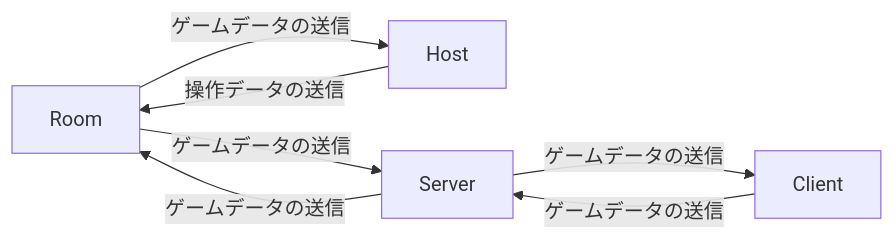
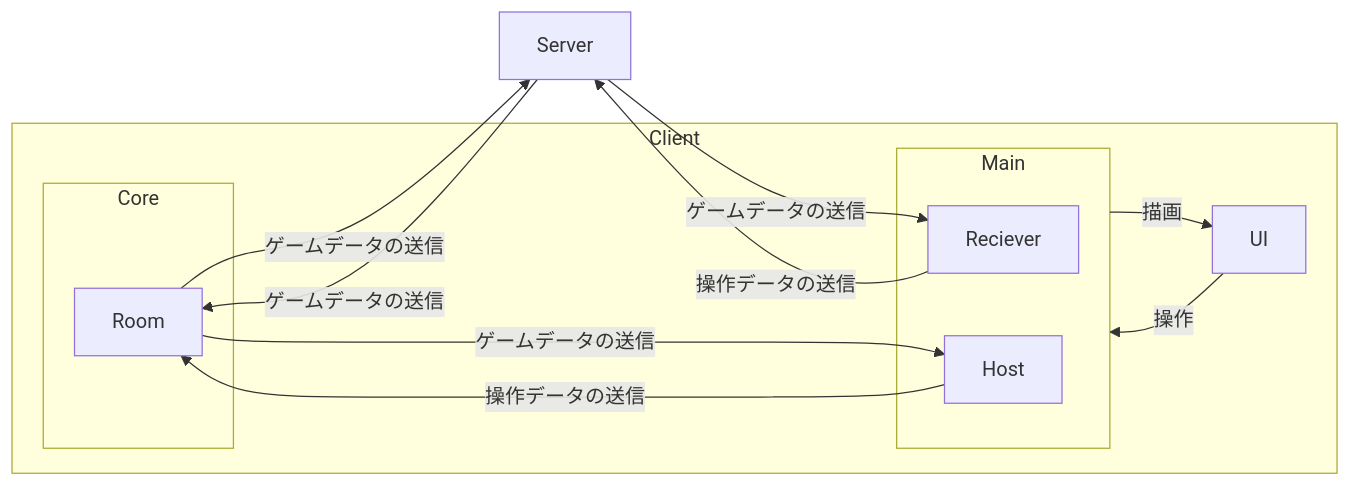
Before and after one commit to Ampoi/magicode: the diagram in README.md, drawn with Mermaid.

Commit message:
図をもう少し詳しくした

````diff
--- a/README.md
+++ b/README.md
@@ -3,9 +3,23 @@
 ```mermaid
 flowchart LR
+   subgraph Client
+      subgraph Core
+         Room
+      end
+      subgraph Main
+         Reciever
+         Host
+      end
+      UI
+   end
+
+   UI --操作--> Main
+   Main --描画--> UI
+
    Room --ゲームデータの送信--> Host
    Host --操作データの送信--> Room
    Room --ゲームデータの送信--> Server
    Server --ゲームデータの送信--> Room
-   Server --ゲームデータの送信--> Client
-   Client --ゲームデータの送信--> Server
+   Server --ゲームデータの送信--> Reciever
+   Reciever --操作データの送信--> Server
 ```
````
